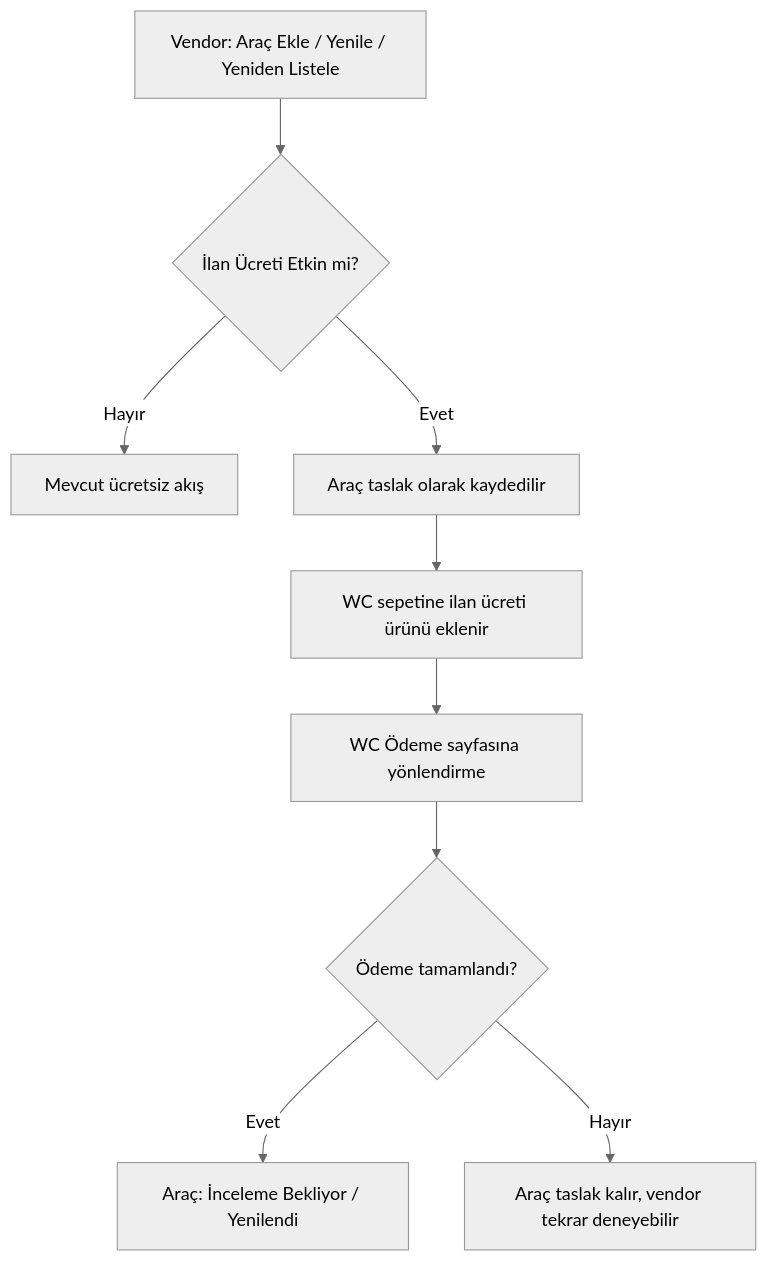
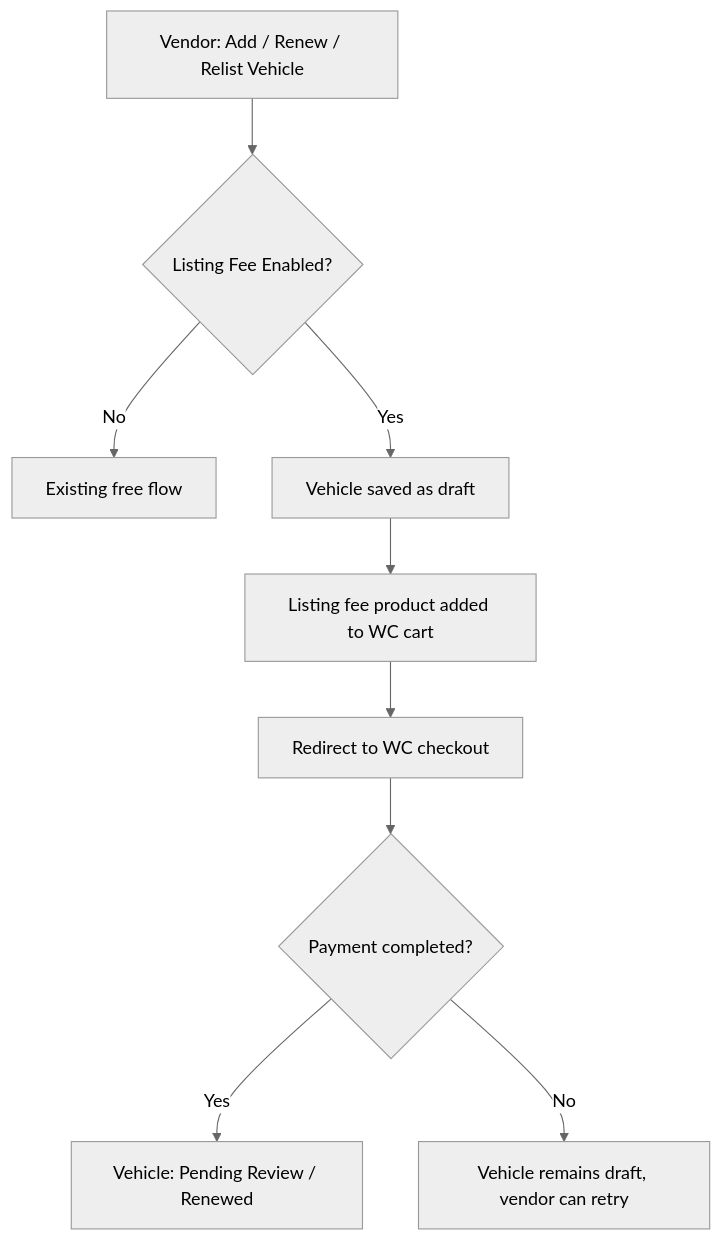
One commit to MaxHandMade/mhm-rentiva-docs changed the second of 2 diagrams in docs/05-vendor/vendor-management.md. Above: the diagram before and after it, drawn with Mermaid (neutral theme). The commit also changed other lines of this file and 347 other files, not shown here.

````diff
--- a/docs/05-vendor/vendor-management.md
+++ b/docs/05-vendor/vendor-management.md
@@ -149,11 +149,11 @@
 ```mermaid
 graph TD
-    A[Vendor: Araç Ekle / Yenile / Yeniden Listele] --> B{İlan Ücreti Etkin mi?}
-    B -- Hayır --> C[Mevcut ücretsiz akış]
-    B -- Evet --> D[Araç taslak olarak kaydedilir]
-    D --> E[WC sepetine ilan ücreti ürünü eklenir]
-    E --> F[WC Ödeme sayfasına yönlendirme]
-    F --> G{Ödeme tamamlandı?}
-    G -- Evet --> H[Araç: İnceleme Bekliyor / Yenilendi]
-    G -- Hayır --> I[Araç taslak kalır, vendor tekrar deneyebilir]
+    A[Vendor: Add / Renew / Relist Vehicle] --> B{Listing Fee Enabled?}
+    B -- No --> C[Existing free flow]
+    B -- Yes --> D[Vehicle saved as draft]
+    D --> E[Listing fee product added to WC cart]
+    E --> F[Redirect to WC checkout]
+    F --> G{Payment completed?}
+    G -- Yes --> H[Vehicle: Pending Review / Renewed]
+    G -- No --> I[Vehicle remains draft, vendor can retry]
 ```
````
